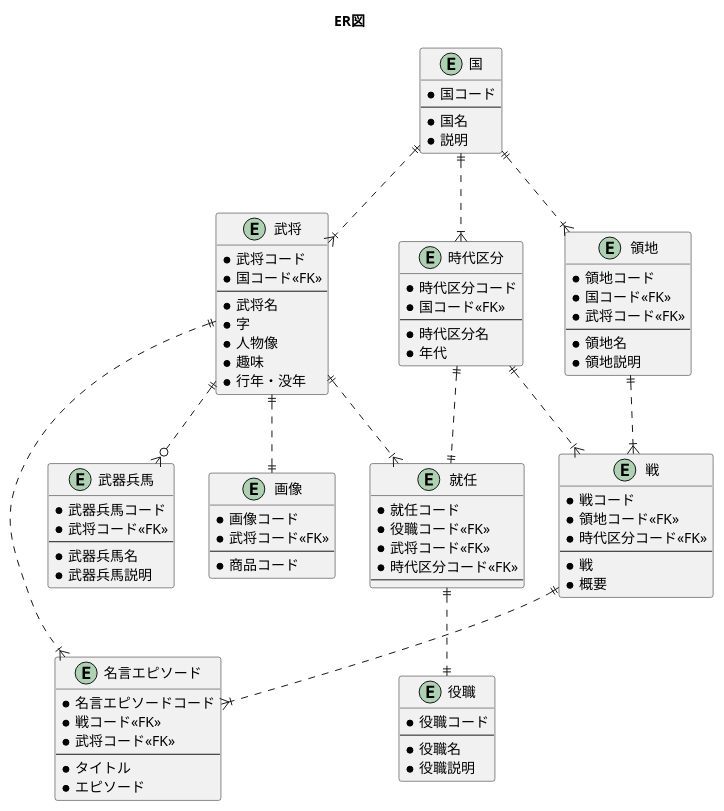
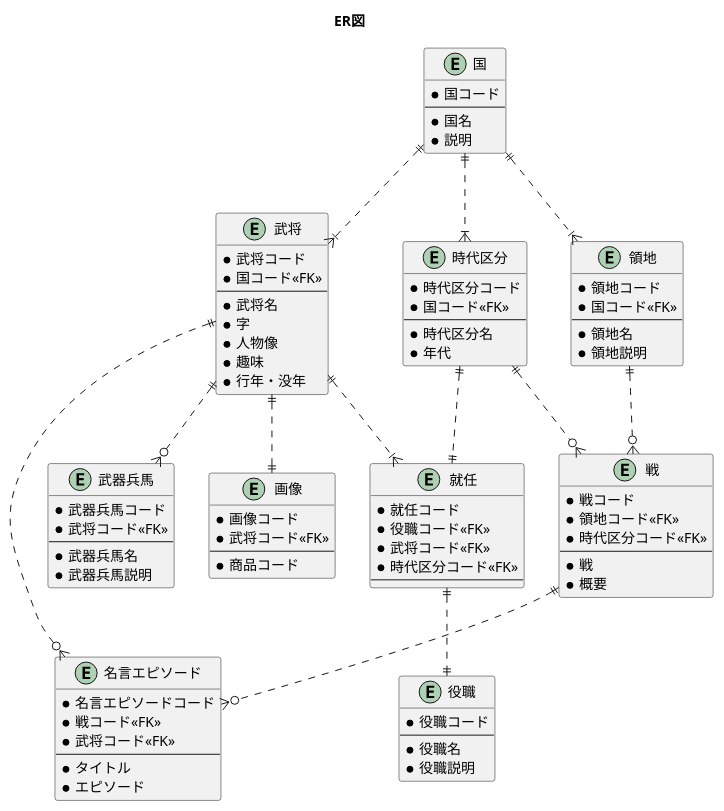
Before and after one commit to pnskh112/sangokushi-api-document: the diagram in 30_design/dd/dd_sangokushiApi/dd_er_diagram.md, drawn with PlantUML. The commit also changed 1 other file, not shown here.

Commit message:
upd restapi

````diff
--- a/30_design/dd/dd_sangokushiApi/dd_er_diagram.md
+++ b/30_design/dd/dd_sangokushiApi/dd_er_diagram.md
@@ -70,7 +70,6 @@
 entity 領地{
   * 領地コード
   * 国コード<<FK>>
-  * 武将コード<<FK>>
   --
   * 領地名
   * 領地説明
@@ -102,9 +101,9 @@
 就任 ||..|| 役職
 武将 ||..o{ 武器兵馬
 武将 ||..|| 画像
-時代区分 ||..|{ 戦
-領地 ||..|{ 戦
-戦 ||..|{ 名言エピソード
-武将 ||..|{ 名言エピソード
+時代区分 ||..o{ 戦
+領地 ||..o{ 戦
+戦 ||..o{ 名言エピソード
+武将 ||..o{ 名言エピソード
 @enduml
 ```
````
